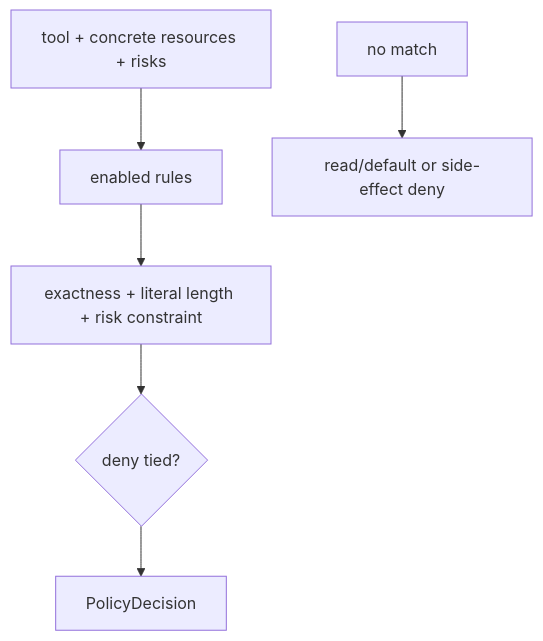
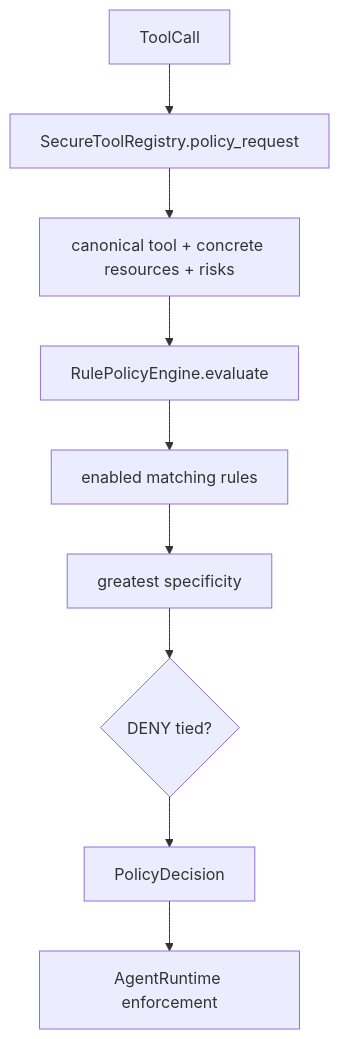
One commit to levalencia/archon changed the first of 2 diagrams in docs/course/concepts/policy-engine.md. Above: the diagram before and after it, drawn with Mermaid. The commit also changed other lines of this file and 10 other files, not shown here.

````diff
--- a/docs/course/concepts/policy-engine.md
+++ b/docs/course/concepts/policy-engine.md
@@ -7,8 +25,11 @@
 ```mermaid
 flowchart TD
-  Request[tool + concrete resources + risks] --> Match[enabled rules]
-  Match --> Specificity[exactness + literal length + risk constraint]
-  Specificity --> Tie{deny tied?}
+  Call[ToolCall] --> Registry[SecureToolRegistry.policy_request]
+  Registry --> Canon[canonical tool + concrete resources + risks]
+  Canon --> Engine[RulePolicyEngine.evaluate]
+  Engine --> Match[enabled matching rules]
+  Match --> Specific[greatest specificity]
+  Specific --> Tie{DENY tied?}
   Tie --> Decision[PolicyDecision]
-  None[no match] --> Fallback[read/default or side-effect deny]
+  Decision --> Runtime[AgentRuntime enforcement]
 ```
````
